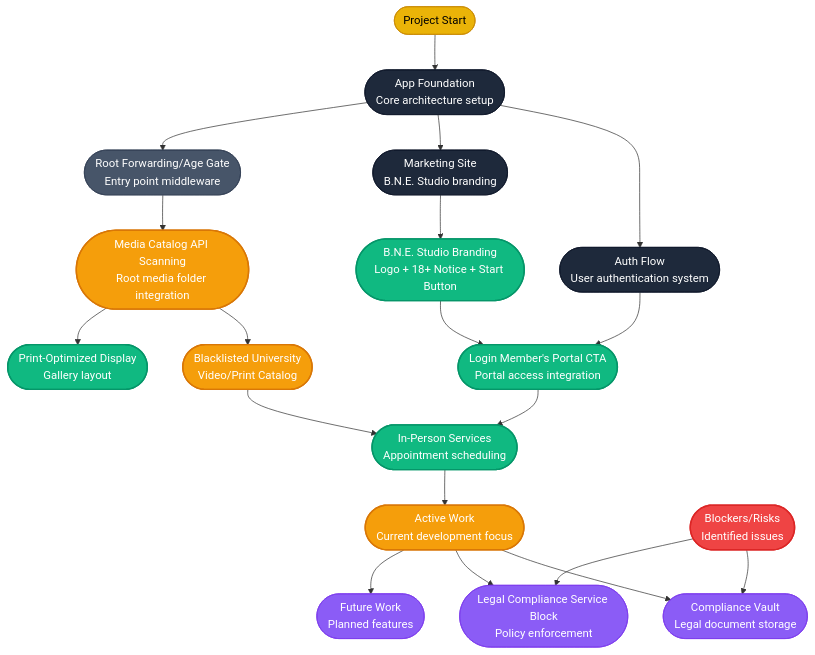
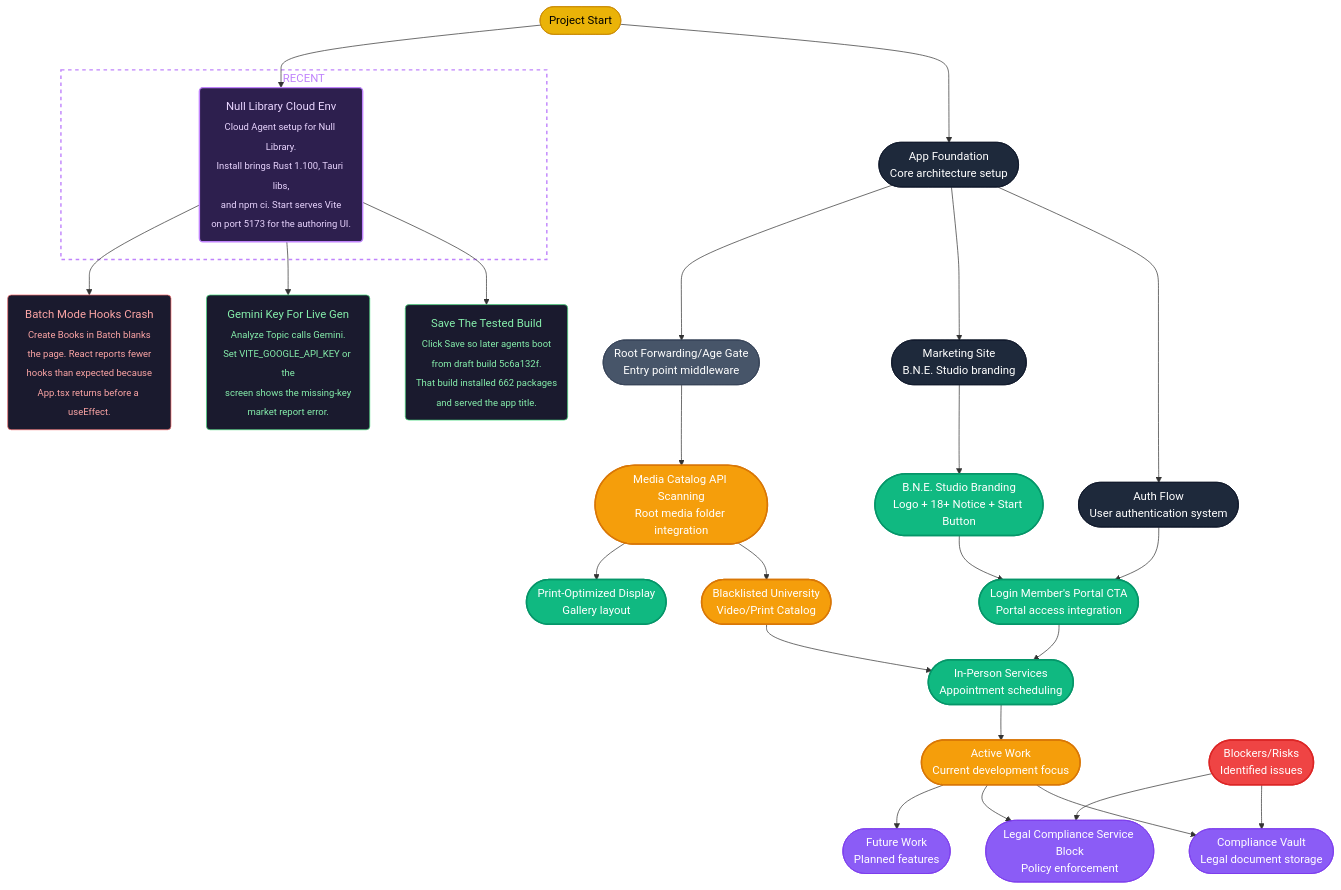
Before and after one commit to crazyrob425/bne-agency: the diagram in vizvibe.mmd, drawn with Mermaid.

Commit message:
Record the Null Library Cloud Agent environment on the trajectory map. (#3)

```diff
--- a/vizvibe.mmd
+++ b/vizvibe.mmd
@@ -1,93 +1,122 @@
 flowchart TD
+    %% @lastActive: cloud_agent_env
+    %% Ultimate Goal: B.N.E. Studio as a branded member portal
+    %% Current Goal: Null Library Cloud Agent environment is ready to Save
+
     %% Mermaid theme configuration
     classDef closed fill:#475569,stroke:#334155,color:#fff,stroke-width:1px
     classDef opened fill:#10b981,stroke:#059669,color:#fff,stroke-width:2px
     classDef in_progress fill:#f59e0b,stroke:#d97706,color:#fff,stroke-width:2px
     classDef future fill:#8b5cf6,stroke:#7c3aed,color:#fff,stroke-width:1px
     
     %% Color scheme: Gold(#eab308) Black(#1e293b) Purple(#8b5cf6) Green(#10b981)
 
     %% @node [closed]
     project_start(["Project Start"]):::closed
     
     %% @node [closed]
     app_foundation(["App Foundation<br/>Core architecture setup"]):::closed
     
     %% @node [closed]
     auth_flow(["Auth Flow<br/>User authentication system"]):::closed
     
     %% @node [closed]
     marketing_site(["Marketing Site<br/>B.N.E. Studio branding"]):::closed
     
     %% @node [opened]
     bne_studio(["B.N.E. Studio Branding<br/>Logo + 18+ Notice + Start Button"]):::opened
     
     %% @node [opened]
     login_portal(["Login Member's Portal CTA<br/>Portal access integration"]):::opened
     
     %% @node [in_progress]
     media_catalog_api(["Media Catalog API Scanning<br/>Root media folder integration"]):::in_progress
     
     %% @node [in_progress]
     blacklisted_university(["Blacklisted University<br/>Video/Print Catalog"]):::in_progress
     
     %% @node [opened]
     print_optimized(["Print-Optimized Display<br/>Gallery layout"]):::opened
     
     %% @node [opened]
     in_person_services(["In-Person Services<br/>Appointment scheduling"]):::opened
     
     %% @node [future]
     compliance_vault(["Compliance Vault<br/>Legal document storage"]):::future
     
     %% @node [future]
     legal_compliance(["Legal Compliance Service Block<br/>Policy enforcement"]):::future
     
     %% @node [opened]
     active_work(["Active Work<br/>Current development focus"]):::opened
     
     %% @node [opened]
     blockers_risks(["Blockers/Risks<br/>Identified issues"]):::opened
     
     %% @node [future]
     future_work(["Future Work<br/>Planned features"]):::future
     
     %% @node [closed]
     root_forwarding(["Root Forwarding/Age Gate<br/>Entry point middleware"]):::closed
+
+    %% @cloud_agent_env [ai-task, closed, 2026-11-20, rob]
+    cloud_agent_env("Null Library Cloud Env<br/><sub>Cloud Agent setup for Null Library.<br/>Install brings Rust 1.100, Tauri libs,<br/>and npm ci. Start serves Vite<br/>on port 5173 for the authoring UI.</sub>")
+
+    %% @save_cloud_env [human-task, opened, 2026-11-20, rob]
+    save_cloud_env("Save The Tested Build<br/><sub>Click Save so later agents boot<br/>from draft build 5c6a132f.<br/>That build installed 662 packages<br/>and served the app title.</sub>")
+
+    %% @gemini_key [human-task, opened, 2026-11-20, rob]
+    gemini_key("Gemini Key For Live Gen<br/><sub>Analyze Topic calls Gemini.<br/>Set VITE_GOOGLE_API_KEY or the<br/>screen shows the missing-key<br/>market report error.</sub>")
+
+    %% @batch_hooks_bug [blocker, opened, 2026-11-20, rob]
+    batch_hooks_bug("Batch Mode Hooks Crash<br/><sub>Create Books in Batch blanks<br/>the page. React reports fewer<br/>hooks than expected because<br/>App.tsx returns before a useEffect.</sub>")
+
+    subgraph recent [RECENT]
+        cloud_agent_env
+    end
     
     %% Connections
     project_start --> app_foundation
     app_foundation --> auth_flow
     app_foundation --> marketing_site
     auth_flow --> login_portal
     marketing_site --> bne_studio
     bne_studio --> login_portal
     login_portal --> in_person_services
     app_foundation --> root_forwarding
     root_forwarding --> media_catalog_api
     media_catalog_api --> blacklisted_university
     media_catalog_api --> print_optimized
     blacklisted_university --> in_person_services
     in_person_services --> active_work
     active_work --> compliance_vault
     active_work --> legal_compliance
     active_work --> future_work
     blockers_risks --> compliance_vault
     blockers_risks --> legal_compliance
+    project_start --> cloud_agent_env
+    cloud_agent_env --> save_cloud_env
+    cloud_agent_env --> gemini_key
+    cloud_agent_env --> batch_hooks_bug
     
     style project_start fill:#eab308,stroke:#ca8a04,color:#000
     style app_foundation fill:#1e293b,stroke:#0f172a,color:#fff
     style auth_flow fill:#1e293b,stroke:#0f172a,color:#fff
     style marketing_site fill:#1e293b,stroke:#0f172a,color:#fff
     style bne_studio fill:#10b981,stroke:#059669,color:#fff
     style login_portal fill:#10b981,stroke:#059669,color:#fff
     style media_catalog_api fill:#f59e0b,stroke:#d97706,color:#fff
     style blacklisted_university fill:#f59e0b,stroke:#d97706,color:#fff
     style print_optimized fill:#10b981,stroke:#059669,color:#fff
     style in_person_services fill:#10b981,stroke:#059669,color:#fff
     style root_forwarding fill:#475569,stroke:#334155,color:#fff
     style compliance_vault fill:#8b5cf6,stroke:#7c3aed,color:#fff
     style legal_compliance fill:#8b5cf6,stroke:#7c3aed,color:#fff
     style active_work fill:#f59e0b,stroke:#d97706,color:#fff
     style blockers_risks fill:#ef4444,stroke:#dc2626,color:#fff
     style future_work fill:#8b5cf6,stroke:#7c3aed,color:#fff
+    style cloud_agent_env fill:#2d1f4e,stroke:#c084fc,color:#e9d5ff,stroke-width:2px
+    style recent fill:transparent,stroke:#c084fc,color:#c084fc,stroke-width:2px,stroke-dasharray:5 5
+    style save_cloud_env fill:#1a1a2e,stroke:#4ade80,color:#86efac,stroke-width:1px
+    style gemini_key fill:#1a1a2e,stroke:#4ade80,color:#86efac,stroke-width:1px
+    style batch_hooks_bug fill:#1a1a2e,stroke:#f87171,color:#fca5a5,stroke-width:1px
```
